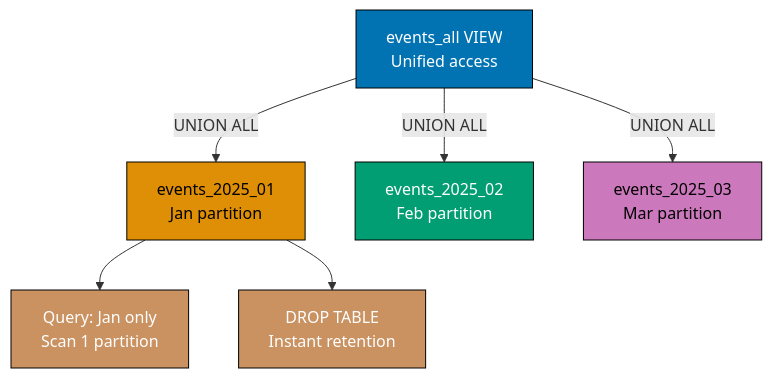
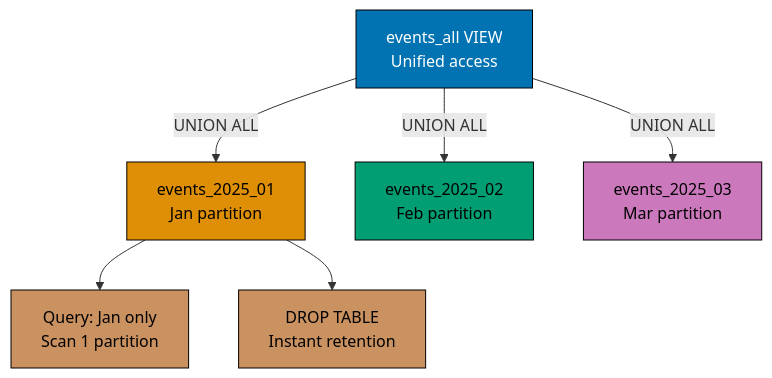
One commit to wahidyankf/ose-public changed the tenth of 10 diagrams in apps/ayokoding-www/content/en/learn/legacy/software-engineering/data/databases/sql/by-example/advanced.md. Above: the diagram before and after it, drawn with Mermaid. The commit also changed other lines of this file and 131 other files, not shown here.

First line of the commit message:
fix(mermaid): bring the legacy data, infrastructure, and testing diagrams onto the accessible palette

````diff
--- a/apps/ayokoding-www/content/en/learn/legacy/software-engineering/data/databases/sql/by-example/advanced.md
+++ b/apps/ayokoding-www/content/en/learn/legacy/software-engineering/data/databases/sql/by-example/advanced.md
@@ -3422,23 +3486,31 @@
 ```mermaid
 %% Color Palette: Blue #0173B2, Orange #DE8F05, Teal #029E73, Purple #CC78BC, Brown #CA9161
 graph TD
+    accTitle: Example 82: Time-Series Data Partitioning
+    accDescr: Graph with 6 nodes and 5 connections. Nodes: events_all VIEW Unified access, events_2025_01 Jan partition, events_2025_02 Feb partition, events_2025_03 Mar partition, Query: Jan only Scan 1 partition, DROP TABLE Instant retention. Connections: events_all VIEW Unified access to events_2025_01 Jan partition (UNION ALL), events_all VIEW Unified access to events_2025_02 Feb partition (UNION ALL), events_all VIEW Unified access to events_2025_03 Mar partition (UNION ALL), events_2025_01 Jan partition to Query: Jan only Scan 1 partition, events_2025_01 Jan partition to DROP TABLE Instant retention.
     A["events_all VIEW<br/>Unified access"]
     B["events_2025_01<br/>Jan partition"]
     C["events_2025_02<br/>Feb partition"]
     D["events_2025_03<br/>Mar partition"]
     E["Query: Jan only<br/>Scan 1 partition"]
     F["DROP TABLE<br/>Instant retention"]
 
     A -->|UNION ALL| B
     A -->|UNION ALL| C
     A -->|UNION ALL| D
     B --> E
     B --> F
 
-    style A fill:#0173B2,stroke:#000,color:#fff
-    style B fill:#DE8F05,stroke:#000,color:#000
-    style C fill:#029E73,stroke:#000,color:#fff
-    style D fill:#CC78BC,stroke:#000,color:#000
-    style E fill:#CA9161,stroke:#000,color:#fff
-    style F fill:#CA9161,stroke:#000,color:#fff
+    classDef pal-0173B2 fill:#0173B2,stroke:#000000,color:#FFFFFF
+    class A pal-0173B2
+    classDef pal-DE8F05 fill:#DE8F05,stroke:#000000,color:#000000
+    class B pal-DE8F05
+    classDef pal-029E73 fill:#029E73,stroke:#000000,color:#000000
+    class C pal-029E73
+    classDef pal-CC78BC fill:#CC78BC,stroke:#000000,color:#000000
+    class D pal-CC78BC
+    classDef pal-CA9161 fill:#CA9161,stroke:#000000,color:#000000
+    class E pal-CA9161
+    class F pal-CA9161
+    classDef default fill:#FFFFFF,stroke:#000000,color:#000000
 ```
````
